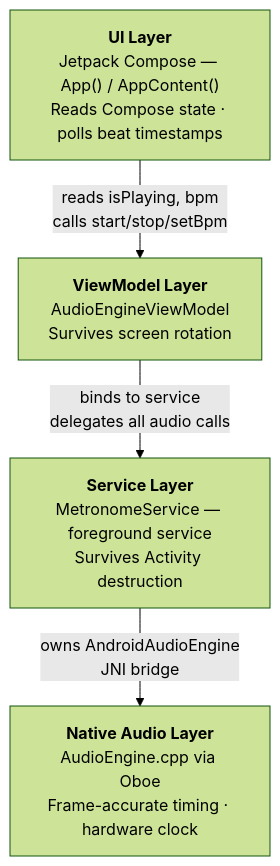
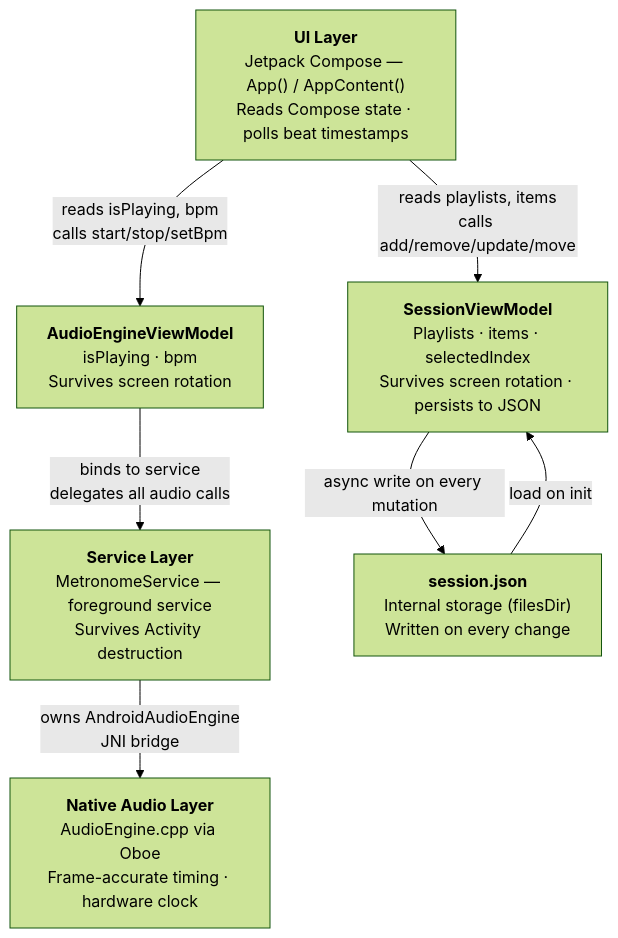
The first of 3 diagrams in docs/android/sessionclick-architecture.md (musicapps-kek/musicapps-kb), drawn with Mermaid (forest theme) before and after one commit. The commit also changed other lines of this file, not shown here.

Commit message:
updates to architecture

````diff
--- a/docs/android/sessionclick-architecture.md
+++ b/docs/android/sessionclick-architecture.md
@@ -9,11 +9,16 @@
 ```mermaid
 graph TD
     UI["<b>UI Layer</b><br/>Jetpack Compose — App() / AppContent()<br/>Reads Compose state · polls beat timestamps"]
-    VM["<b>ViewModel Layer</b><br/>AudioEngineViewModel<br/>Survives screen rotation"]
+    AVM["<b>AudioEngineViewModel</b><br/>isPlaying · bpm<br/>Survives screen rotation"]
+    SVM["<b>SessionViewModel</b><br/>Playlists · items · selectedIndex<br/>Survives screen rotation · persists to JSON"]
     SVC["<b>Service Layer</b><br/>MetronomeService — foreground service<br/>Survives Activity destruction"]
     NAT["<b>Native Audio Layer</b><br/>AudioEngine.cpp via Oboe<br/>Frame-accurate timing · hardware clock"]
+    FILE["<b>session.json</b><br/>Internal storage (filesDir)<br/>Written on every change"]
 
-    UI -->|"reads isPlaying, bpm<br/>calls start/stop/setBpm"| VM
-    VM -->|"binds to service<br/>delegates all audio calls"| SVC
+    UI -->|"reads isPlaying, bpm<br/>calls start/stop/setBpm"| AVM
+    UI -->|"reads playlists, items<br/>calls add/remove/update/move"| SVM
+    AVM -->|"binds to service<br/>delegates all audio calls"| SVC
     SVC -->|"owns AndroidAudioEngine<br/>JNI bridge"| NAT
+    SVM -->|"async write on every mutation"| FILE
+    FILE -->|"load on init"| SVM
 ```
````
